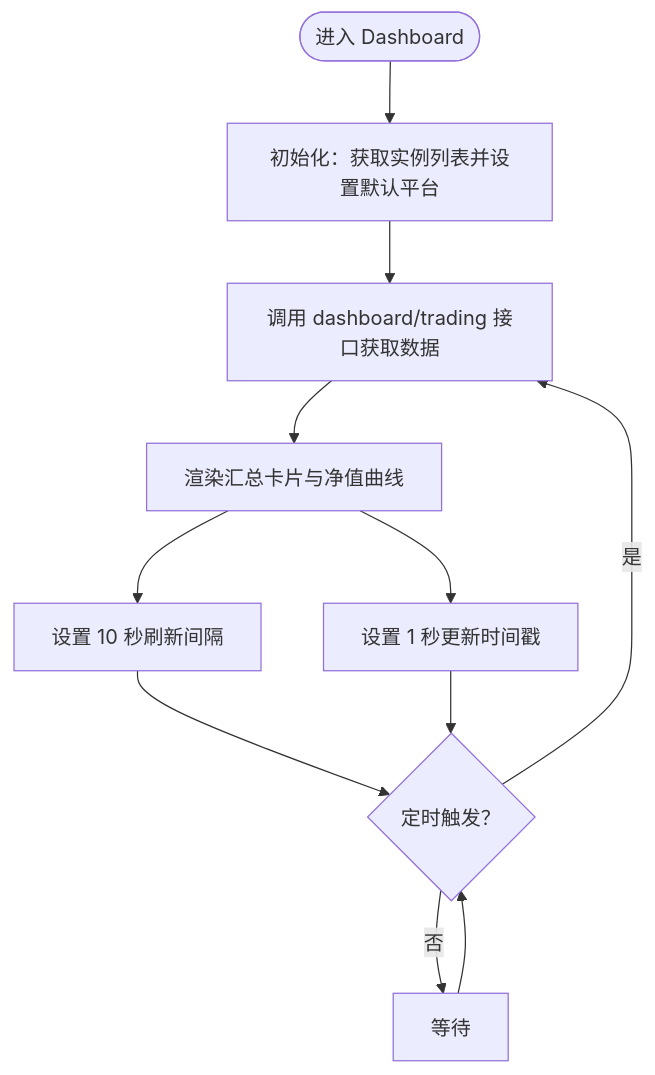
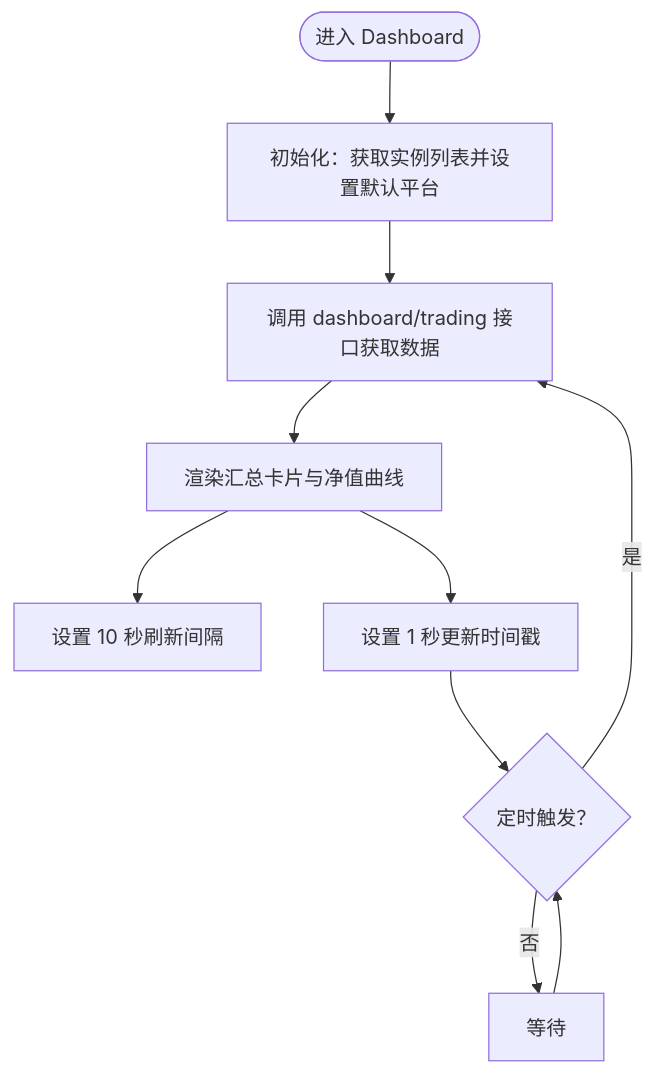
The fifth of 10 diagrams in .qoder/repowiki/zh/content/前端应用架构/前端应用架构.md (zyf266/ending), drawn with Mermaid before and after one commit. The commit also changed other lines of this file and 40 other files, not shown here.

````diff
--- a/.qoder/repowiki/zh/content/前端应用架构/前端应用架构.md
+++ b/.qoder/repowiki/zh/content/前端应用架构/前端应用架构.md
@@ -207,13 +256,12 @@
 ```mermaid
 flowchart TD
 Start(["进入 Dashboard"]) --> Init["初始化：获取实例列表并设置默认平台"]
 Init --> Fetch["调用 dashboard/trading 接口获取数据"]
 Fetch --> Render["渲染汇总卡片与净值曲线"]
 Render --> Timer["设置 10 秒刷新间隔"]
-Timer --> Tick{"定时触发？"}
-Tick --> |是| Fetch
+Tick{"定时触发？"} --> |是| Fetch
 Tick --> |否| Wait["等待"]
 Wait --> Tick
 Render --> Clock["设置 1 秒更新时间戳"]
 Clock --> Tick
 ```
````
